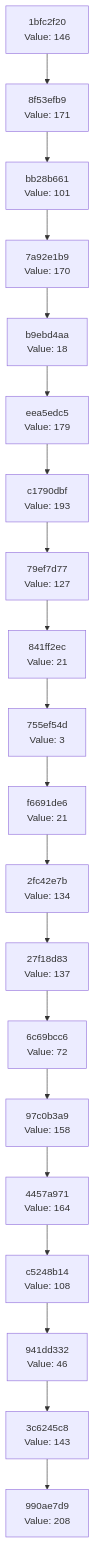
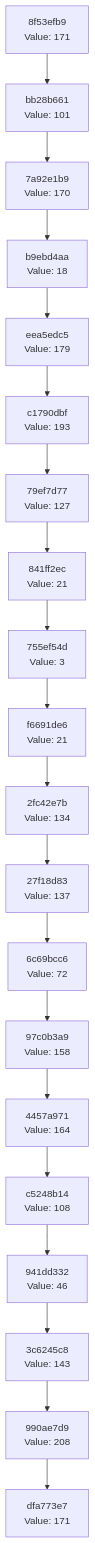
The diagram in docs/CHAIN_VISUALIZATION.md (Abhisheksinha1506/hash-chain-evolver), drawn with Mermaid before and after one commit. The commit also changed 2 other files, not shown here.

Commit message:
Evolution step: hash 0xAB → action executed

````diff
--- a/docs/CHAIN_VISUALIZATION.md
+++ b/docs/CHAIN_VISUALIZATION.md
@@ -3,42 +3,42 @@
 ```mermaid
 graph TD
-    C0["990ae7d9<br/>Value: 208"]
-    C1["3c6245c8<br/>Value: 143"]
+    C0["dfa773e7<br/>Value: 171"]
+    C1["990ae7d9<br/>Value: 208"]
     C1 --> C0
-    C2["941dd332<br/>Value: 46"]
+    C2["3c6245c8<br/>Value: 143"]
     C2 --> C1
-    C3["c5248b14<br/>Value: 108"]
+    C3["941dd332<br/>Value: 46"]
     C3 --> C2
-    C4["4457a971<br/>Value: 164"]
+    C4["c5248b14<br/>Value: 108"]
     C4 --> C3
-    C5["97c0b3a9<br/>Value: 158"]
+    C5["4457a971<br/>Value: 164"]
     C5 --> C4
-    C6["6c69bcc6<br/>Value: 72"]
+    C6["97c0b3a9<br/>Value: 158"]
     C6 --> C5
-    C7["27f18d83<br/>Value: 137"]
+    C7["6c69bcc6<br/>Value: 72"]
     C7 --> C6
-    C8["2fc42e7b<br/>Value: 134"]
+    C8["27f18d83<br/>Value: 137"]
     C8 --> C7
-    C9["f6691de6<br/>Value: 21"]
+    C9["2fc42e7b<br/>Value: 134"]
     C9 --> C8
-    C10["755ef54d<br/>Value: 3"]
+    C10["f6691de6<br/>Value: 21"]
     C10 --> C9
-    C11["841ff2ec<br/>Value: 21"]
+    C11["755ef54d<br/>Value: 3"]
     C11 --> C10
-    C12["79ef7d77<br/>Value: 127"]
+    C12["841ff2ec<br/>Value: 21"]
     C12 --> C11
-    C13["c1790dbf<br/>Value: 193"]
+    C13["79ef7d77<br/>Value: 127"]
     C13 --> C12
-    C14["eea5edc5<br/>Value: 179"]
+    C14["c1790dbf<br/>Value: 193"]
     C14 --> C13
-    C15["b9ebd4aa<br/>Value: 18"]
+    C15["eea5edc5<br/>Value: 179"]
     C15 --> C14
-    C16["7a92e1b9<br/>Value: 170"]
+    C16["b9ebd4aa<br/>Value: 18"]
     C16 --> C15
-    C17["bb28b661<br/>Value: 101"]
+    C17["7a92e1b9<br/>Value: 170"]
     C17 --> C16
-    C18["8f53efb9<br/>Value: 171"]
+    C18["bb28b661<br/>Value: 101"]
     C18 --> C17
-    C19["1bfc2f20<br/>Value: 146"]
+    C19["8f53efb9<br/>Value: 171"]
     C19 --> C18
 ```
````
